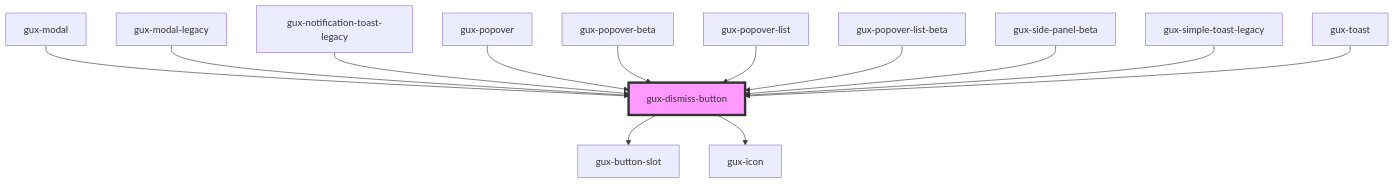
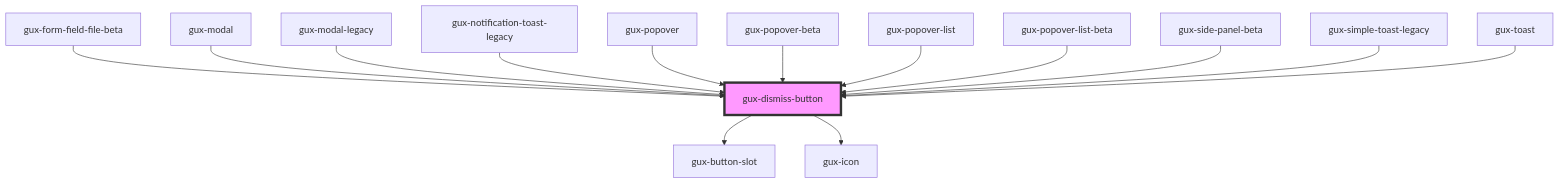
One commit to MyPureCloud/genesys-spark changed the diagram in packages/genesys-spark-components/src/components/stable/gux-dismiss-button/readme.md. Above: the diagram before and after it, drawn with Mermaid. The commit also changed other lines of this file and 14 other files, not shown here.

First line of the commit message:
feat(form-field-file-beta): added new component

````diff
--- a/packages/genesys-spark-components/src/components/stable/gux-dismiss-button/readme.md
+++ b/packages/genesys-spark-components/src/components/stable/gux-dismiss-button/readme.md
@@ -37,16 +38,17 @@
 ```mermaid
 graph TD;
   gux-dismiss-button --> gux-button-slot
   gux-dismiss-button --> gux-icon
+  gux-form-field-file-beta --> gux-dismiss-button
   gux-modal --> gux-dismiss-button
   gux-modal-legacy --> gux-dismiss-button
   gux-notification-toast-legacy --> gux-dismiss-button
   gux-popover --> gux-dismiss-button
   gux-popover-beta --> gux-dismiss-button
   gux-popover-list --> gux-dismiss-button
   gux-popover-list-beta --> gux-dismiss-button
   gux-side-panel-beta --> gux-dismiss-button
   gux-simple-toast-legacy --> gux-dismiss-button
   gux-toast --> gux-dismiss-button
   style gux-dismiss-button fill:#f9f,stroke:#333,stroke-width:4px
 ```
````
